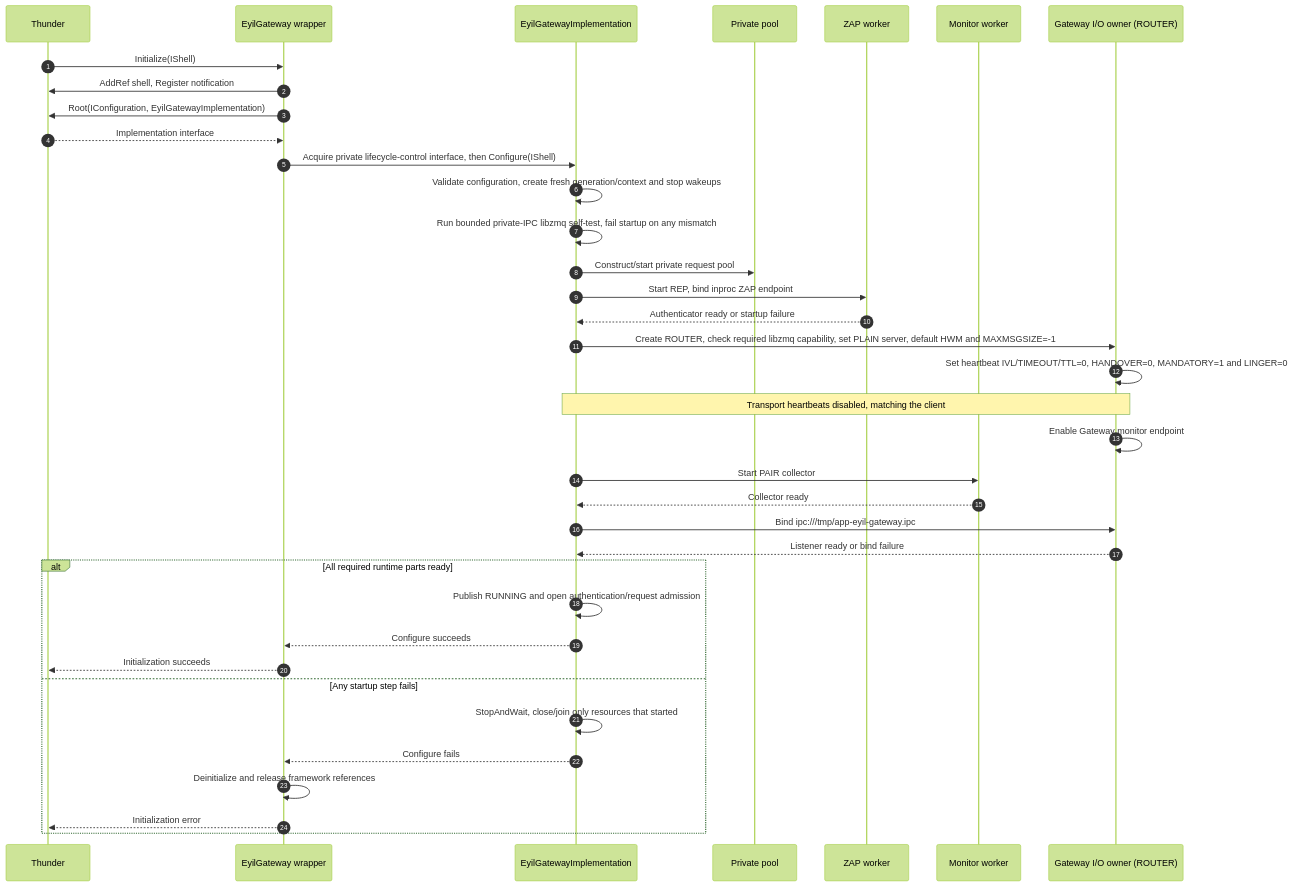
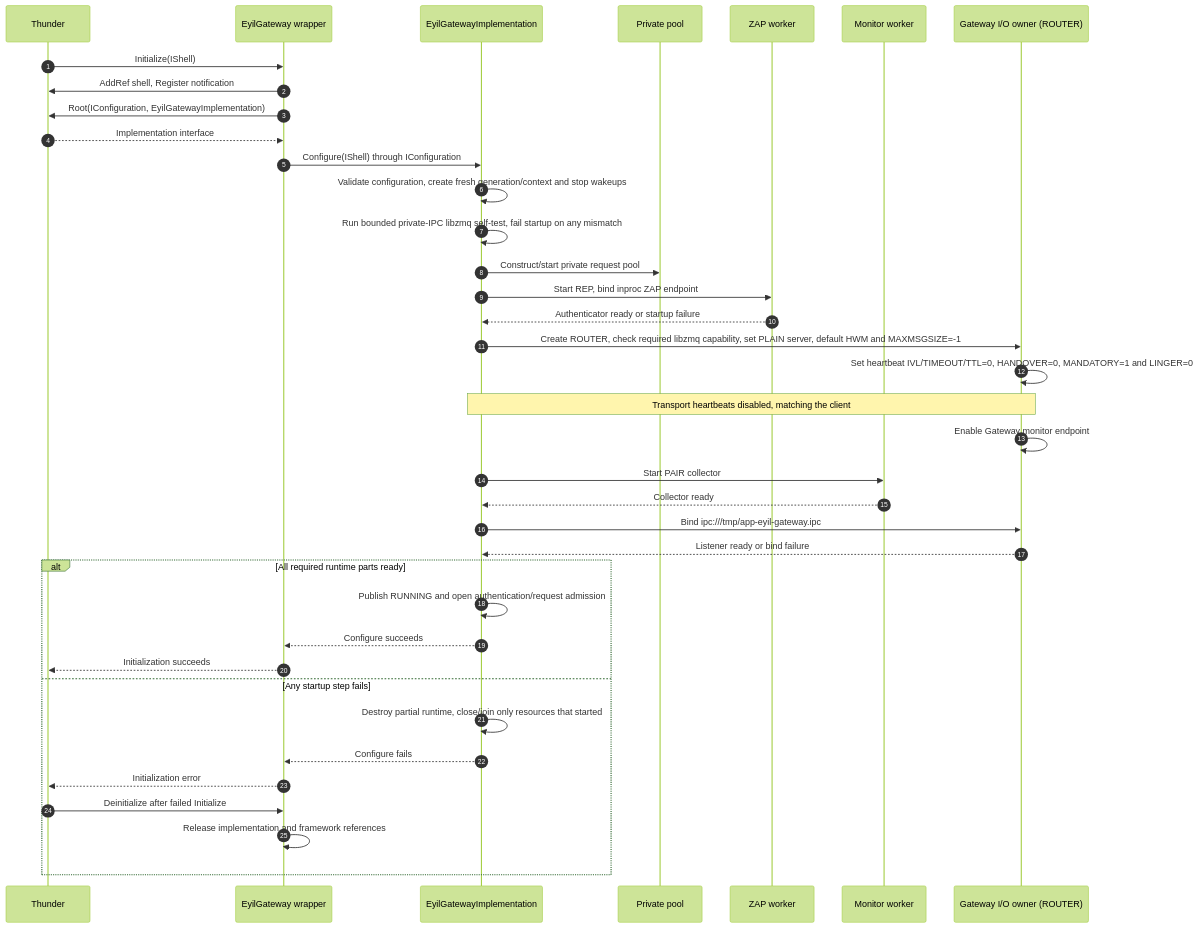
The second of 19 diagrams in doc/EyilGateway.md (rdkcentral/eyil-secure-gateway), drawn with Mermaid (forest theme) before and after one commit. The commit also changed other lines of this file and 61 other files, not shown here.

````diff
--- a/doc/EyilGateway.md
+++ b/doc/EyilGateway.md
@@ -420,39 +420,40 @@
 ```mermaid
 sequenceDiagram
     autonumber
     participant T as Thunder
     participant P as EyilGateway wrapper
     participant I as EyilGatewayImplementation
     participant W as Private pool
     participant Z as ZAP worker
     participant M as Monitor worker
     participant R as Gateway I/O owner (ROUTER)
     T->>P: Initialize(IShell)
     P->>T: AddRef shell, Register notification
     P->>T: Root(IConfiguration, EyilGatewayImplementation)
     T-->>P: Implementation interface
-    P->>I: Acquire private lifecycle-control interface, then Configure(IShell)
+    P->>I: Configure(IShell) through IConfiguration
     I->>I: Validate configuration, create fresh generation/context and stop wakeups
     I->>I: Run bounded private-IPC libzmq self-test, fail startup on any mismatch
     I->>W: Construct/start private request pool
     I->>Z: Start REP, bind inproc ZAP endpoint
     Z-->>I: Authenticator ready or startup failure
     I->>R: Create ROUTER, check required libzmq capability, set PLAIN server, default HWM and MAXMSGSIZE=-1
     R->>R: Set heartbeat IVL/TIMEOUT/TTL=0, HANDOVER=0, MANDATORY=1 and LINGER=0
     Note over I,R: Transport heartbeats disabled, matching the client
     R->>R: Enable Gateway monitor endpoint
     I->>M: Start PAIR collector
     M-->>I: Collector ready
     I->>R: Bind ipc:///tmp/app-eyil-gateway.ipc
     R-->>I: Listener ready or bind failure
     alt All required runtime parts ready
         I->>I: Publish RUNNING and open authentication/request admission
         I-->>P: Configure succeeds
         P-->>T: Initialization succeeds
     else Any startup step fails
-        I->>I: StopAndWait, close/join only resources that started
+        I->>I: Destroy partial runtime, close/join only resources that started
         I-->>P: Configure fails
-        P->>P: Deinitialize and release framework references
         P-->>T: Initialization error
+        T->>P: Deinitialize after failed Initialize
+        P->>P: Release implementation and framework references
     end
 ```
````
